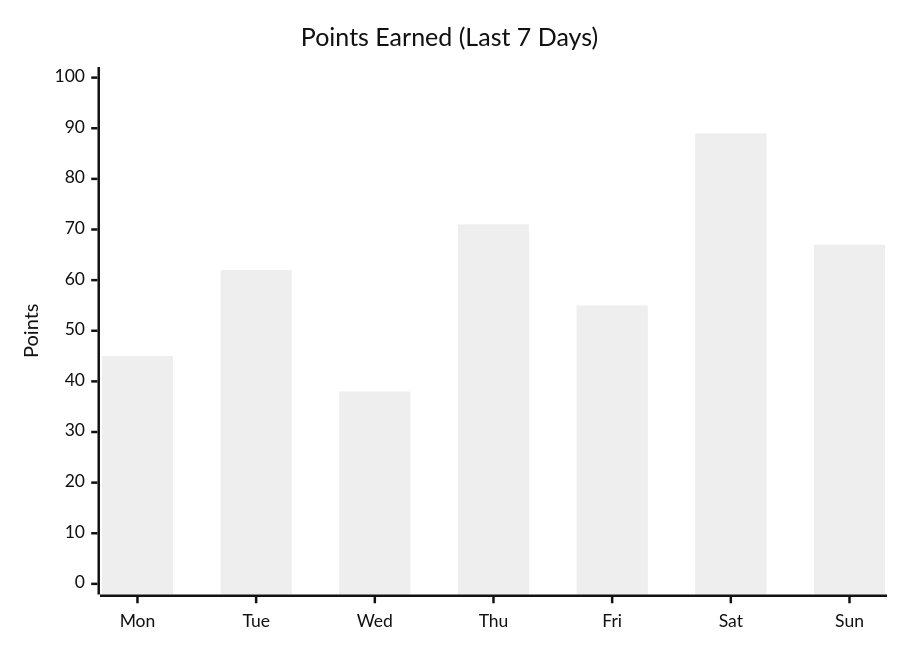
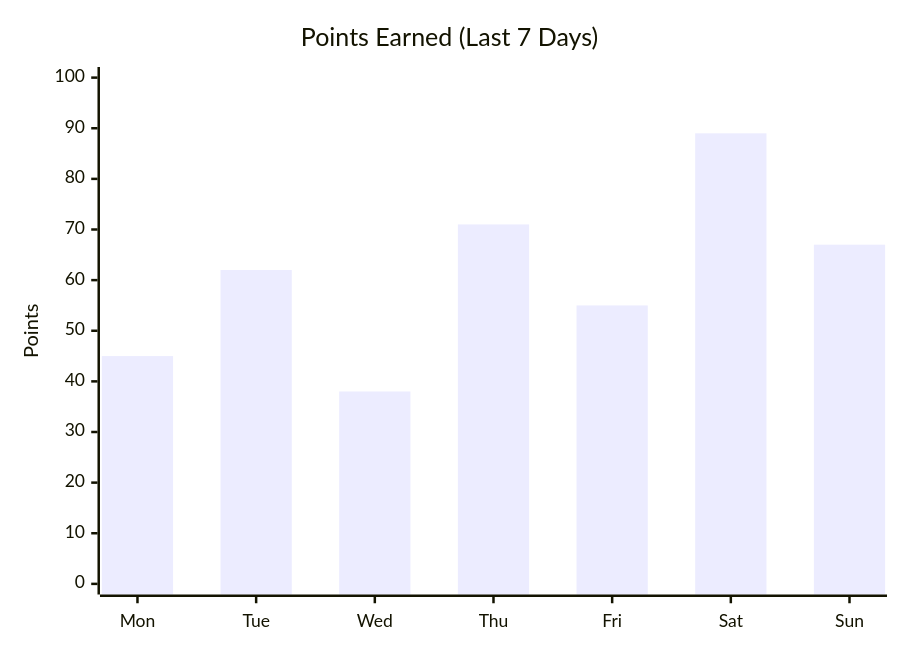
Before and after one commit to anisha-agarwal/chore-champions: diagram 12 of 13 in docs/FEATURES.md, drawn with Mermaid. The commit also changed other lines of this file and 2 other files, not shown here.

First line of the commit message:
Use default Mermaid theme for cleaner diagrams

````diff
--- a/docs/FEATURES.md
+++ b/docs/FEATURES.md
@@ -309,8 +309,8 @@
 ```mermaid
-%%{init: {'theme': 'neutral'}}%%
+%%{init: {'theme': 'default'}}%%
 xychart-beta
     title "Points Earned (Last 7 Days)"
     x-axis ["Mon", "Tue", "Wed", "Thu", "Fri", "Sat", "Sun"]
     y-axis "Points" 0 --> 100
     bar [45, 62, 38, 71, 55, 89, 67]
 ```
````
